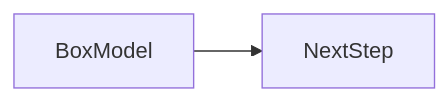
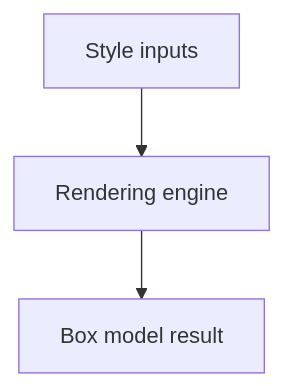
The second of 2 diagrams in docs/en/05-css/box-model/index.md (OmidJavaherii/Frontend-Engineering-Handbook), drawn with Mermaid before and after one commit. The commit also changed other lines of this file and 461 other files, not shown here.

````diff
--- a/docs/en/05-css/box-model/index.md
+++ b/docs/en/05-css/box-model/index.md
@@ -95,4 +108,5 @@
 ```mermaid
-flowchart LR
-  concept[BoxModel] --> nextStep[NextStep]
+flowchart TD
+  Input[Style inputs] --> Engine[Rendering engine]
+  Engine --> Out[Box model result]
 ```
````
